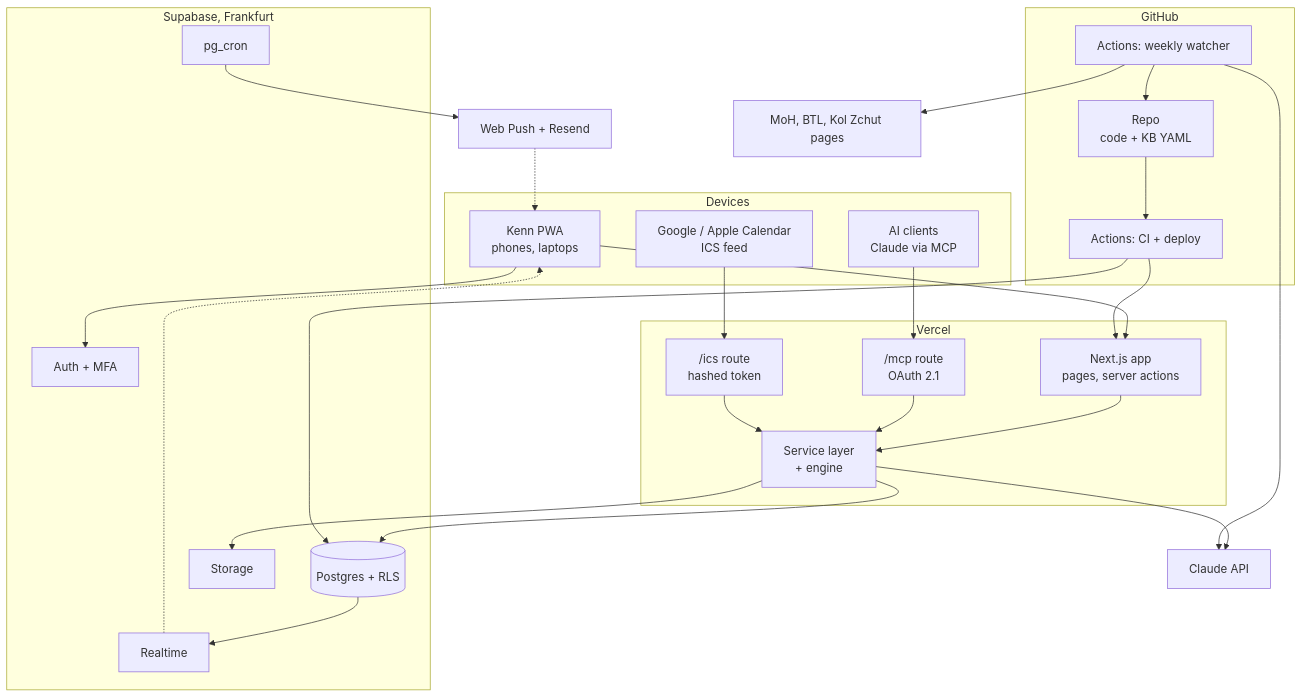
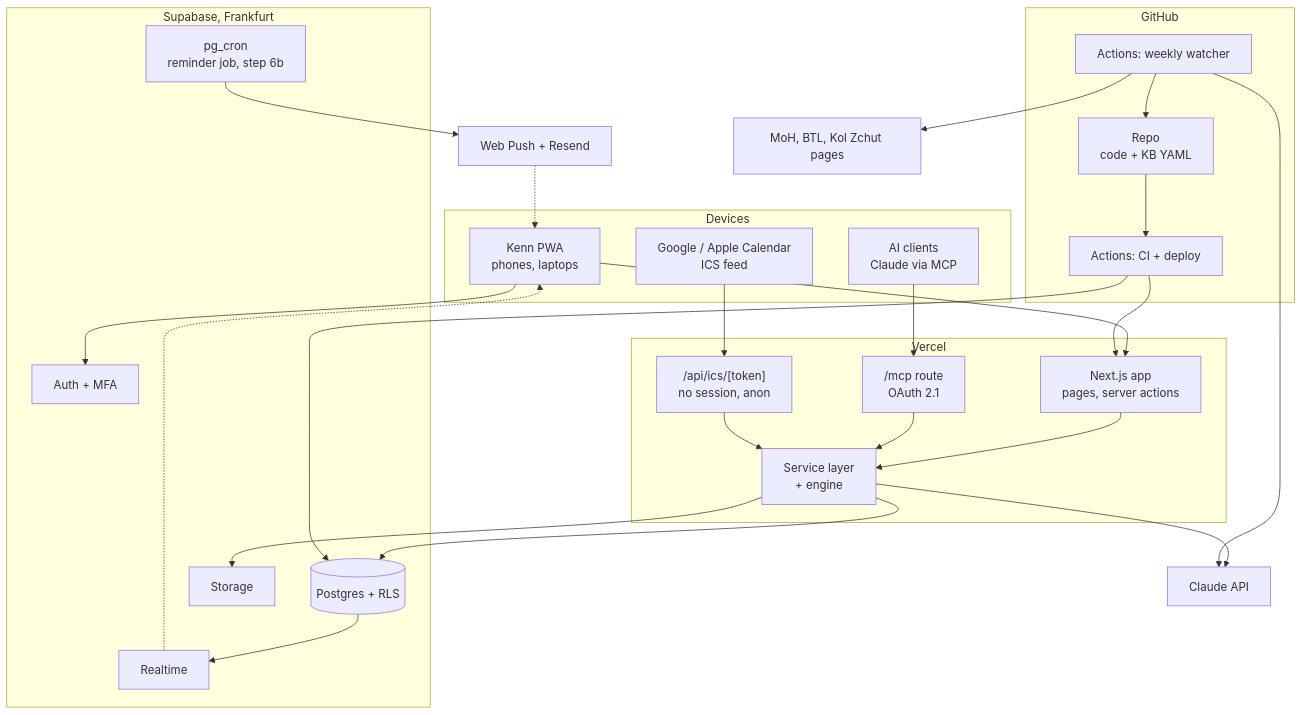
Before and after one commit to DorFerenc/Kenn: the diagram in docs/diagrams/deployment.mmd, drawn with Mermaid. The commit also changed 6 other files, not shown here.

```diff
--- a/docs/diagrams/deployment.mmd
+++ b/docs/diagrams/deployment.mmd
@@ -1,48 +1,48 @@
 flowchart TB
   subgraph Devices["Devices"]
     PWA["Kenn PWA<br/>phones, laptops"]
     AIC["AI clients<br/>Claude via MCP"]
     CAL["Google / Apple Calendar<br/>ICS feed"]
   end
   subgraph Vercel["Vercel"]
     WEB["Next.js app<br/>pages, server actions"]
     MCP["/mcp route<br/>OAuth 2.1"]
-    ICS["/ics route<br/>hashed token"]
+    ICS["/api/ics/[token]<br/>no session, anon"]
     SVC["Service layer<br/>+ engine"]
   end
   subgraph Supabase["Supabase, Frankfurt"]
     AUTH["Auth + MFA"]
     PG[("Postgres + RLS")]
     RT["Realtime"]
     ST["Storage"]
-    CRON["pg_cron"]
+    CRON["pg_cron<br/>reminder job, step 6b"]
   end
   subgraph GitHub["GitHub"]
     REPO["Repo<br/>code + KB YAML"]
     CI["Actions: CI + deploy"]
     WATCH["Actions: weekly watcher"]
   end
   EXT["Claude API"]
   PUSH["Web Push + Resend"]
   GOV["MoH, BTL, Kol Zchut pages"]
 
   PWA --> WEB
   AIC --> MCP
   CAL --> ICS
   WEB --> SVC
   MCP --> SVC
   ICS --> SVC
   SVC --> PG
   SVC --> ST
   SVC --> EXT
   PWA --> AUTH
   RT -.-> PWA
   PG --> RT
   CRON --> PUSH
   PUSH -.-> PWA
   REPO --> CI
   CI --> WEB
   CI --> PG
   WATCH --> GOV
   WATCH --> EXT
   WATCH --> REPO
```
